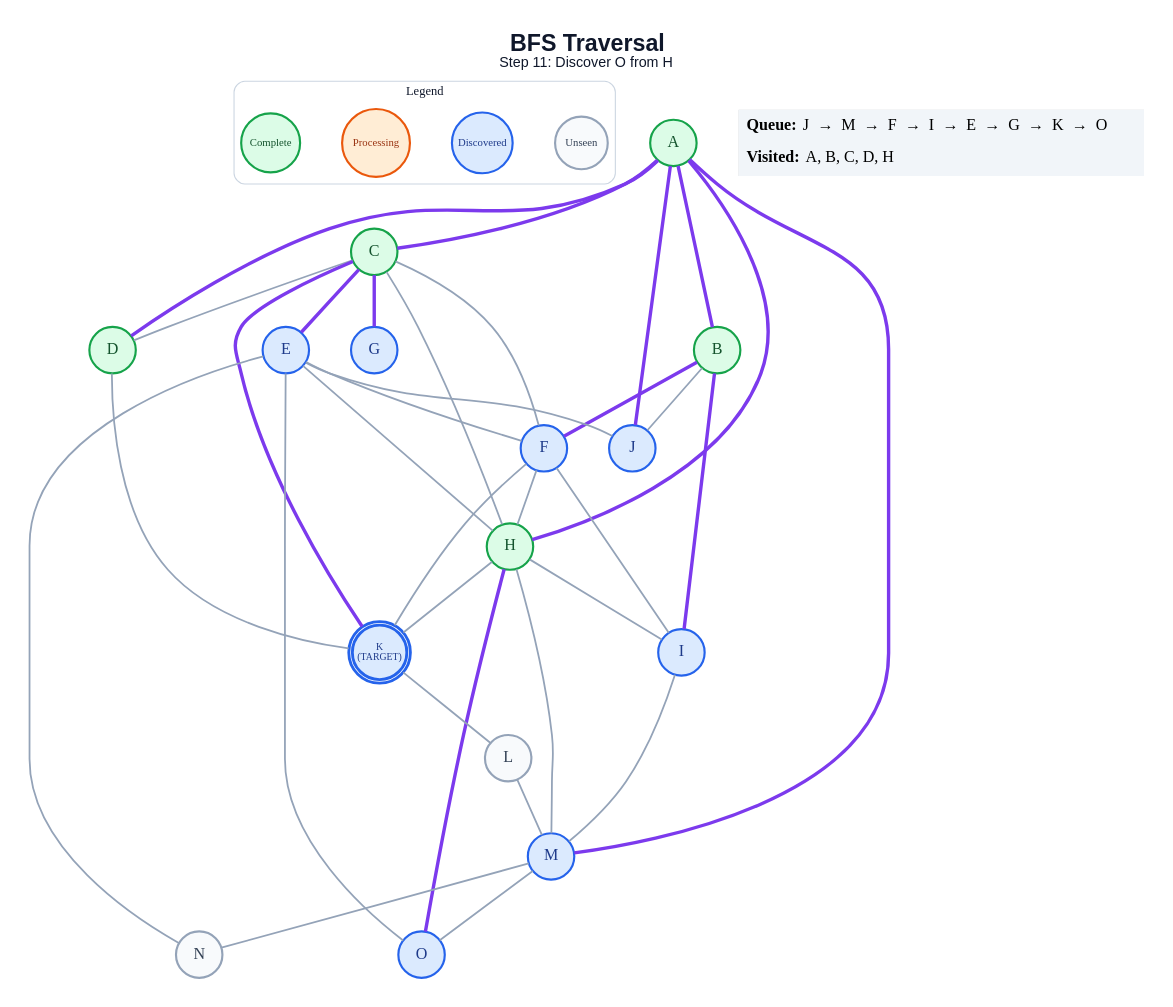
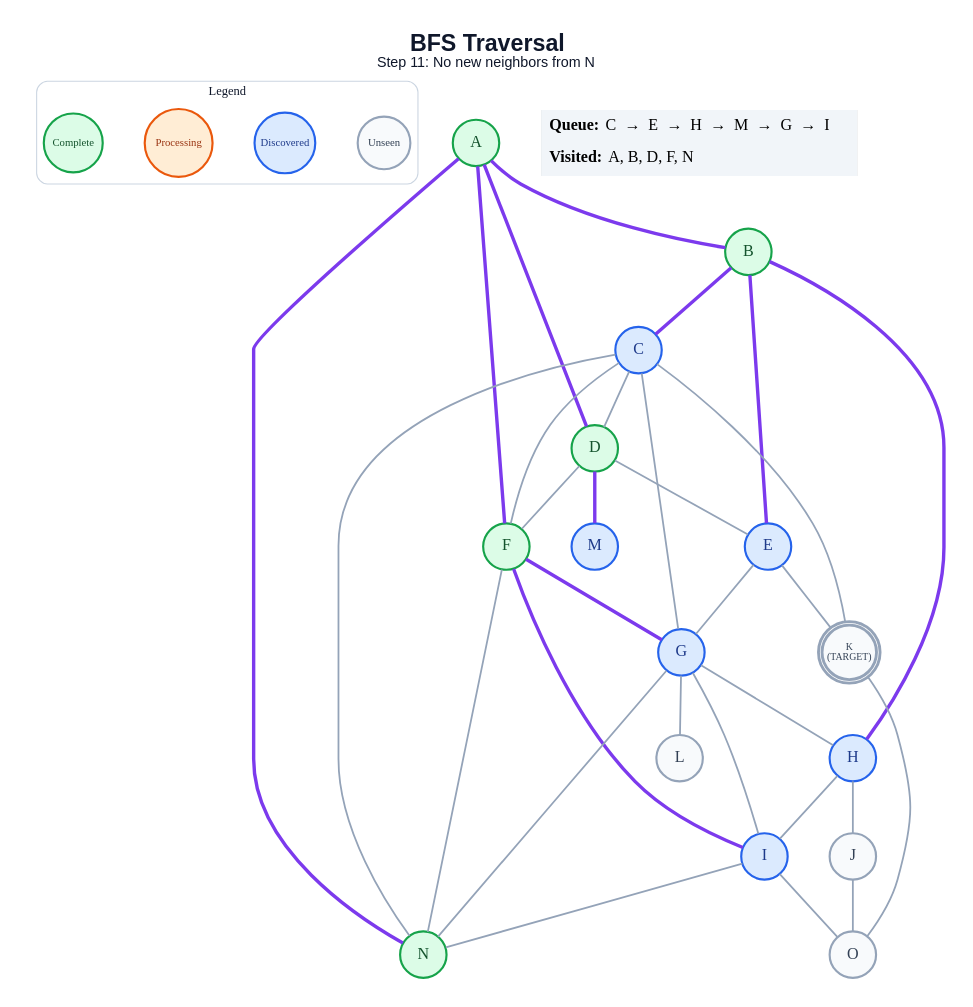
One commit to anon7238593-create/ai-slop changed the diagram in generated/specific-node/bfs/step_11.dot. Above: the diagram before and after it, drawn with Graphviz. The commit also changed 240 other files, not shown here.

```diff
--- a/generated/specific-node/bfs/step_11.dot
+++ b/generated/specific-node/bfs/step_11.dot
@@ -1,67 +1,64 @@
 graph traversal {
   graph [layout=dot, rankdir=TB, bgcolor="#FFFFFF", pad="0.35", nodesep="0.65", ranksep="0.8", fontname="Arial"];
   node [shape=circle, style="filled", fontname="Arial Bold", fontsize=18, width=0.72, fixedsize=true, penwidth=2.4];
   edge [color="#94A3B8", penwidth=2.0];
-  label=<<B>BFS Traversal</B><BR/><FONT POINT-SIZE="16">Step 11: Discover O from H</FONT>>; labelloc="t"; fontsize=26; fontname="Arial"; fontcolor="#0F172A";
+  label=<<B>BFS Traversal</B><BR/><FONT POINT-SIZE="16">Step 11: No new neighbors from N</FONT>>; labelloc="t"; fontsize=26; fontname="Arial"; fontcolor="#0F172A";
   subgraph cluster_legend { label="Legend"; color="#CBD5E1"; penwidth=1.2; style="rounded"; fontsize=14; fontname="Arial Bold";
     key_unseen [label="Unseen", fillcolor="#F8FAFC", color="#94A3B8", fontcolor="#334155", fontsize=12, width=0.82];
     key_frontier [label="Discovered", fillcolor="#DBEAFE", color="#2563EB", fontcolor="#1E3A8A", fontsize=12, width=0.95];
     key_current [label="Processing", fillcolor="#FFEDD5", color="#EA580C", fontcolor="#9A3412", fontsize=12, width=1.05];
     key_done [label="Complete", fillcolor="#DCFCE7", color="#16A34A", fontcolor="#14532D", fontsize=12, width=0.92];
     { rank=same; key_unseen; key_frontier; key_current; key_done; }
   }
   A [label="A", fillcolor="#DCFCE7", color="#16A34A", fontcolor="#14532D", peripheries=1, penwidth=2.4];
   B [label="B", fillcolor="#DCFCE7", color="#16A34A", fontcolor="#14532D", peripheries=1, penwidth=2.4];
-  C [label="C", fillcolor="#DCFCE7", color="#16A34A", fontcolor="#14532D", peripheries=1, penwidth=2.4];
+  C [label="C", fillcolor="#DBEAFE", color="#2563EB", fontcolor="#1E3A8A", peripheries=1, penwidth=2.4];
   D [label="D", fillcolor="#DCFCE7", color="#16A34A", fontcolor="#14532D", peripheries=1, penwidth=2.4];
   E [label="E", fillcolor="#DBEAFE", color="#2563EB", fontcolor="#1E3A8A", peripheries=1, penwidth=2.4];
-  F [label="F", fillcolor="#DBEAFE", color="#2563EB", fontcolor="#1E3A8A", peripheries=1, penwidth=2.4];
+  F [label="F", fillcolor="#DCFCE7", color="#16A34A", fontcolor="#14532D", peripheries=1, penwidth=2.4];
   G [label="G", fillcolor="#DBEAFE", color="#2563EB", fontcolor="#1E3A8A", peripheries=1, penwidth=2.4];
-  H [label="H", fillcolor="#DCFCE7", color="#16A34A", fontcolor="#14532D", peripheries=1, penwidth=2.4];
+  H [label="H", fillcolor="#DBEAFE", color="#2563EB", fontcolor="#1E3A8A", peripheries=1, penwidth=2.4];
   I [label="I", fillcolor="#DBEAFE", color="#2563EB", fontcolor="#1E3A8A", peripheries=1, penwidth=2.4];
-  J [label="J", fillcolor="#DBEAFE", color="#2563EB", fontcolor="#1E3A8A", peripheries=1, penwidth=2.4];
-  K [label="K\n(TARGET)", fillcolor="#DBEAFE", color="#2563EB", fontcolor="#1E3A8A", peripheries=2, penwidth=3.2, fontsize=11, width=0.85, height=0.85];
+  J [label="J", fillcolor="#F8FAFC", color="#94A3B8", fontcolor="#334155", peripheries=1, penwidth=2.4];
+  K [label="K\n(TARGET)", fillcolor="#F8FAFC", color="#94A3B8", fontcolor="#334155", peripheries=2, penwidth=3.2, fontsize=11, width=0.85, height=0.85];
   L [label="L", fillcolor="#F8FAFC", color="#94A3B8", fontcolor="#334155", peripheries=1, penwidth=2.4];
   M [label="M", fillcolor="#DBEAFE", color="#2563EB", fontcolor="#1E3A8A", peripheries=1, penwidth=2.4];
-  N [label="N", fillcolor="#F8FAFC", color="#94A3B8", fontcolor="#334155", peripheries=1, penwidth=2.4];
-  O [label="O", fillcolor="#DBEAFE", color="#2563EB", fontcolor="#1E3A8A", peripheries=1, penwidth=2.4];
+  N [label="N", fillcolor="#DCFCE7", color="#16A34A", fontcolor="#14532D", peripheries=1, penwidth=2.4];
+  O [label="O", fillcolor="#F8FAFC", color="#94A3B8", fontcolor="#334155", peripheries=1, penwidth=2.4];
   A -- B [color="#7C3AED", penwidth=3.8];
-  A -- C [color="#7C3AED", penwidth=3.8];
   A -- D [color="#7C3AED", penwidth=3.8];
-  A -- H [color="#7C3AED", penwidth=3.8];
-  A -- J [color="#7C3AED", penwidth=3.8];
-  A -- M [color="#7C3AED", penwidth=3.8];
-  B -- F [color="#7C3AED", penwidth=3.8];
-  B -- I [color="#7C3AED", penwidth=3.8];
-  B -- J;
+  A -- F [color="#7C3AED", penwidth=3.8];
+  A -- N [color="#7C3AED", penwidth=3.8];
+  B -- C [color="#7C3AED", penwidth=3.8];
+  B -- E [color="#7C3AED", penwidth=3.8];
+  B -- H [color="#7C3AED", penwidth=3.8];
   C -- D;
-  C -- E [color="#7C3AED", penwidth=3.8];
   C -- F;
-  C -- G [color="#7C3AED", penwidth=3.8];
-  C -- H;
-  C -- K [color="#7C3AED", penwidth=3.8];
-  D -- K;
-  E -- F;
-  E -- H;
-  E -- J;
-  E -- N;
-  E -- O;
-  F -- H;
-  F -- I;
-  F -- K;
+  C -- G;
+  C -- K;
+  C -- N;
+  D -- E;
+  D -- F;
+  D -- M [color="#7C3AED", penwidth=3.8];
+  E -- G;
+  E -- K;
+  F -- G [color="#7C3AED", penwidth=3.8];
+  F -- I [color="#7C3AED", penwidth=3.8];
+  F -- N;
+  G -- H;
+  G -- I;
+  G -- L;
+  G -- N;
   H -- I;
-  H -- K;
-  H -- M;
-  H -- O [color="#7C3AED", penwidth=3.8];
-  I -- M;
-  K -- L;
-  L -- M;
-  M -- N;
-  M -- O;
+  H -- J;
+  I -- N;
+  I -- O;
+  J -- O;
+  K -- O;
   status [shape=plain, fixedsize=false, width=0, height=0, margin=0, label=<
     <TABLE BORDER="0" CELLBORDER="0" CELLPADDING="7" BGCOLOR="#F1F5F9">
-      <TR><TD ALIGN="LEFT"><B>Queue:</B> J  →  M  →  F  →  I  →  E  →  G  →  K  →  O</TD></TR>
-      <TR><TD ALIGN="LEFT"><B>Visited:</B> A, B, C, D, H</TD></TR>
+      <TR><TD ALIGN="LEFT"><B>Queue:</B> C  →  E  →  H  →  M  →  G  →  I</TD></TR>
+      <TR><TD ALIGN="LEFT"><B>Visited:</B> A, B, D, F, N</TD></TR>
     </TABLE>
   >];
 }
```
